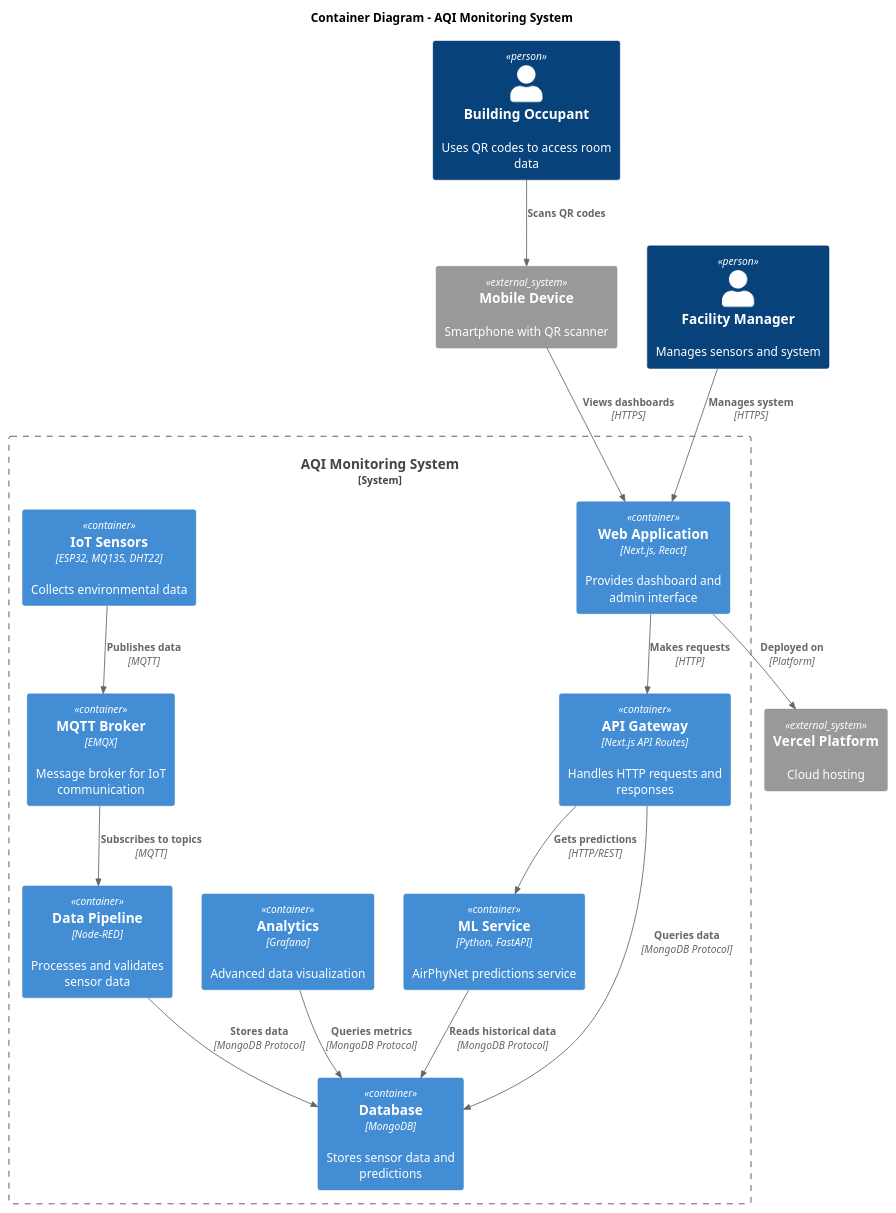
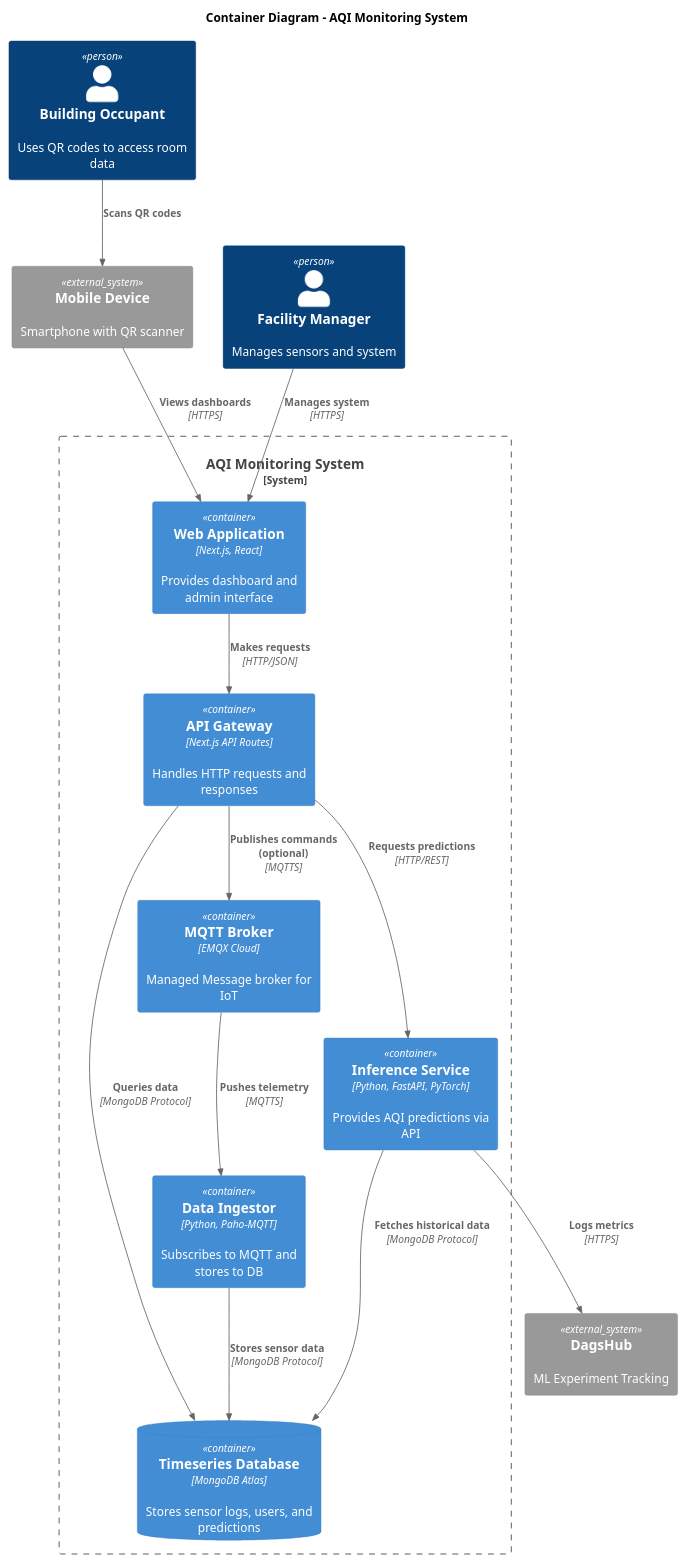
Before and after one commit to pratama404/breev: the diagram in docs/Architecture_Diagrams/c4-container.puml, drawn with PlantUML. The commit also changed 10 other files, not shown here.

```diff
--- a/docs/Architecture_Diagrams/c4-container.puml
+++ b/docs/Architecture_Diagrams/c4-container.puml
@@ -1,40 +1,38 @@
 @startuml C4 Container Diagram
 !include https://raw.githubusercontent.com/plantuml-stdlib/C4-PlantUML/master/C4_Container.puml
 
 title Container Diagram - AQI Monitoring System
 
 Person(user, "Building Occupant", "Uses QR codes to access room data")
 Person(admin, "Facility Manager", "Manages sensors and system")
 
 System_Boundary(aqi, "AQI Monitoring System") {
     Container(web, "Web Application", "Next.js, React", "Provides dashboard and admin interface")
     Container(api, "API Gateway", "Next.js API Routes", "Handles HTTP requests and responses")
-    Container(mqtt, "MQTT Broker", "EMQX", "Message broker for IoT communication")
-    Container(pipeline, "Data Pipeline", "Node-RED", "Processes and validates sensor data")
-    Container(ml, "ML Service", "Python, FastAPI", "AirPhyNet predictions service")
-    Container(db, "Database", "MongoDB", "Stores sensor data and predictions")
-    Container(analytics, "Analytics", "Grafana", "Advanced data visualization")
-    Container(iot, "IoT Sensors", "ESP32, MQ135, DHT22", "Collects environmental data")
+    
+    Container(ingestor, "Data Ingestor", "Python, Paho-MQTT", "Subscribes to MQTT and stores to DB")
+    Container(ml, "Inference Service", "Python, FastAPI, PyTorch", "Provides AQI predictions via API")
+    
+    ContainerDb(db, "Timeseries Database", "MongoDB Atlas", "Stores sensor logs, users, and predictions")
+    Container(mqtt, "MQTT Broker", "EMQX Cloud", "Managed Message broker for IoT")
 }
 
 System_Ext(mobile, "Mobile Device", "Smartphone with QR scanner")
-System_Ext(vercel, "Vercel Platform", "Cloud hosting")
+System_Ext(dagshub, "DagsHub", "ML Experiment Tracking")
 
 Rel(user, mobile, "Scans QR codes")
 Rel(mobile, web, "Views dashboards", "HTTPS")
 Rel(admin, web, "Manages system", "HTTPS")
 
-Rel(web, api, "Makes requests", "HTTP")
+Rel(web, api, "Makes requests", "HTTP/JSON")
 Rel(api, db, "Queries data", "MongoDB Protocol")
-Rel(api, ml, "Gets predictions", "HTTP/REST")
+Rel(api, ml, "Requests predictions", "HTTP/REST")
+Rel(api, mqtt, "Publishes commands (optional)", "MQTTS")
 
-Rel(iot, mqtt, "Publishes data", "MQTT")
-Rel(mqtt, pipeline, "Subscribes to topics", "MQTT")
-Rel(pipeline, db, "Stores data", "MongoDB Protocol")
+Rel(mqtt, ingestor, "Pushes telemetry", "MQTTS")
+Rel(ingestor, db, "Stores sensor data", "MongoDB Protocol")
 
-Rel(ml, db, "Reads historical data", "MongoDB Protocol")
-Rel(analytics, db, "Queries metrics", "MongoDB Protocol")
-
-Rel(web, vercel, "Deployed on", "Platform")
+Rel(ml, db, "Fetches historical data", "MongoDB Protocol")
+Rel(ml, dagshub, "Logs metrics", "HTTPS")
 
 @enduml
```
